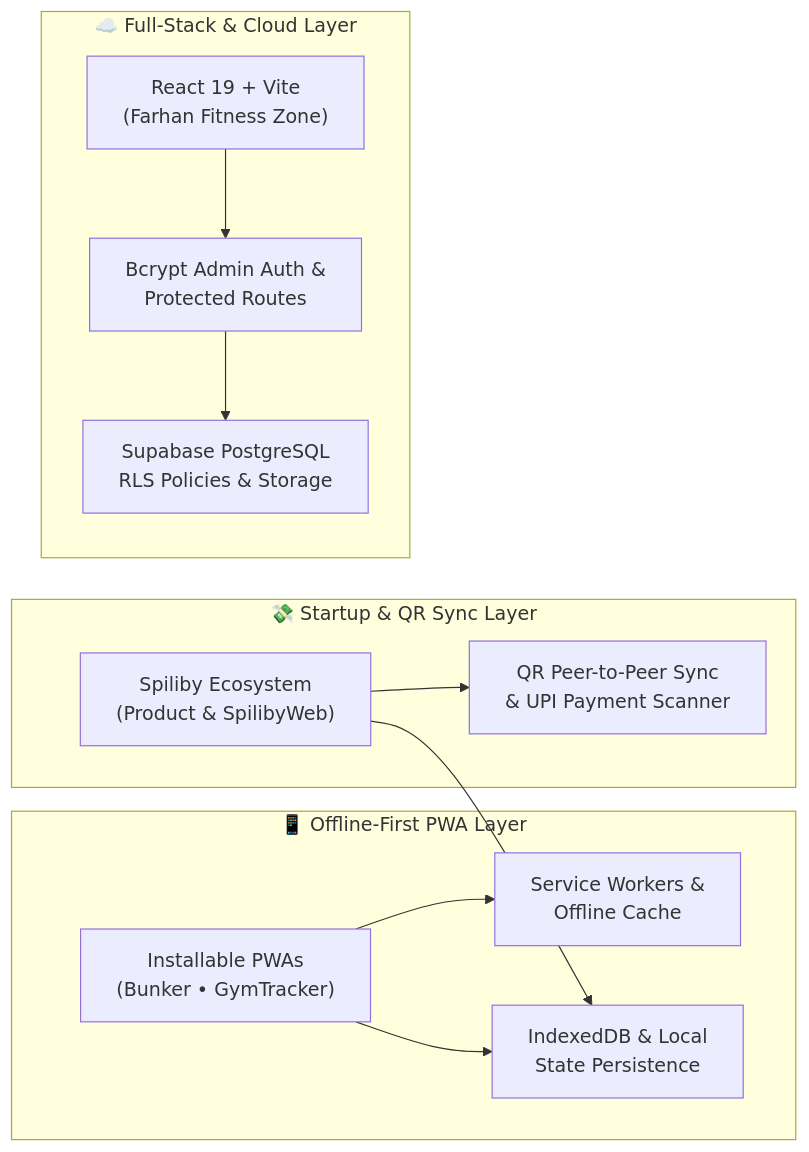
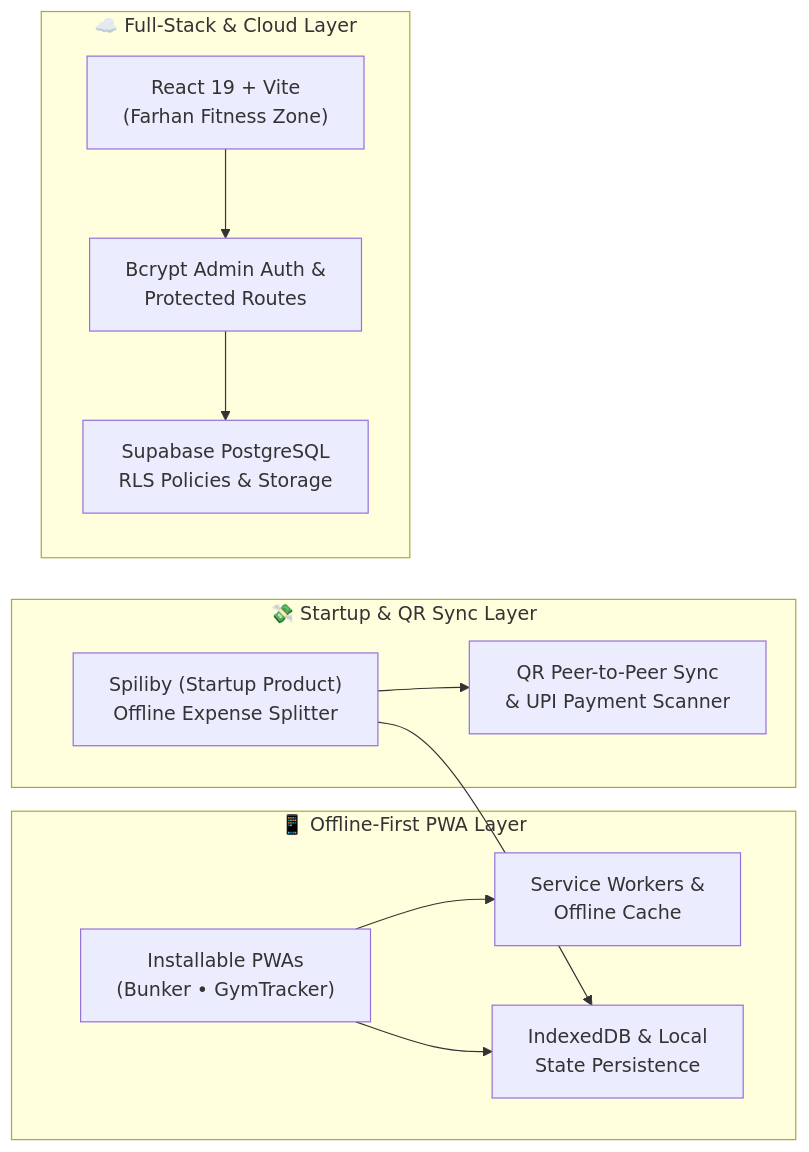
Before and after one commit to CuriousKartik/CuriousKartik: the diagram in README.md, drawn with Mermaid. The commit also changed other lines of this file and 1 other file, not shown here.

Commit message:
feat: add orbiting spaceship to blackhole.svg and update Spiliby description

````diff
--- a/README.md
+++ b/README.md
@@ -201,26 +201,26 @@
 ```mermaid
 flowchart LR
     subgraph Client["📱 Offline-First PWA Layer"]
         PWA["Installable PWAs<br/>(Bunker • GymTracker)"]
         SW["Service Workers &<br/>Offline Cache"]
         IDB["IndexedDB & Local<br/>State Persistence"]
     end
 
     subgraph Product["💸 Startup & QR Sync Layer"]
-        Spiliby["Spiliby Ecosystem<br/>(Product & SpilibyWeb)"]
+        Spiliby["Spiliby (Startup Product)<br/>Offline Expense Splitter"]
         QR["QR Peer-to-Peer Sync<br/>& UPI Payment Scanner"]
     end
 
     subgraph Backend["☁️ Full-Stack & Cloud Layer"]
         ReactUI["React 19 + Vite<br/>(Farhan Fitness Zone)"]
         Auth["Bcrypt Admin Auth &<br/>Protected Routes"]
         Supa["Supabase PostgreSQL<br/>RLS Policies & Storage"]
     end
 
     PWA --> SW
     PWA --> IDB
     Spiliby --> QR
     Spiliby --> IDB
     ReactUI --> Auth
     Auth --> Supa
 ```
````
